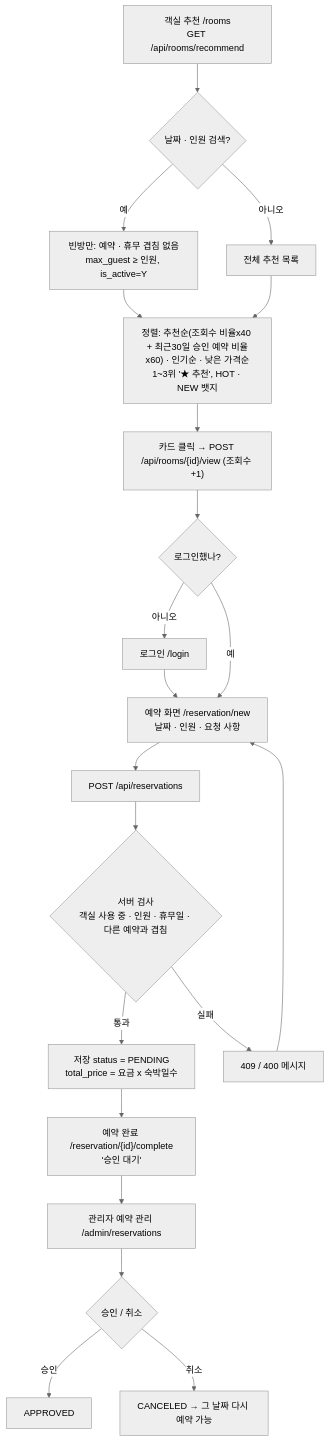
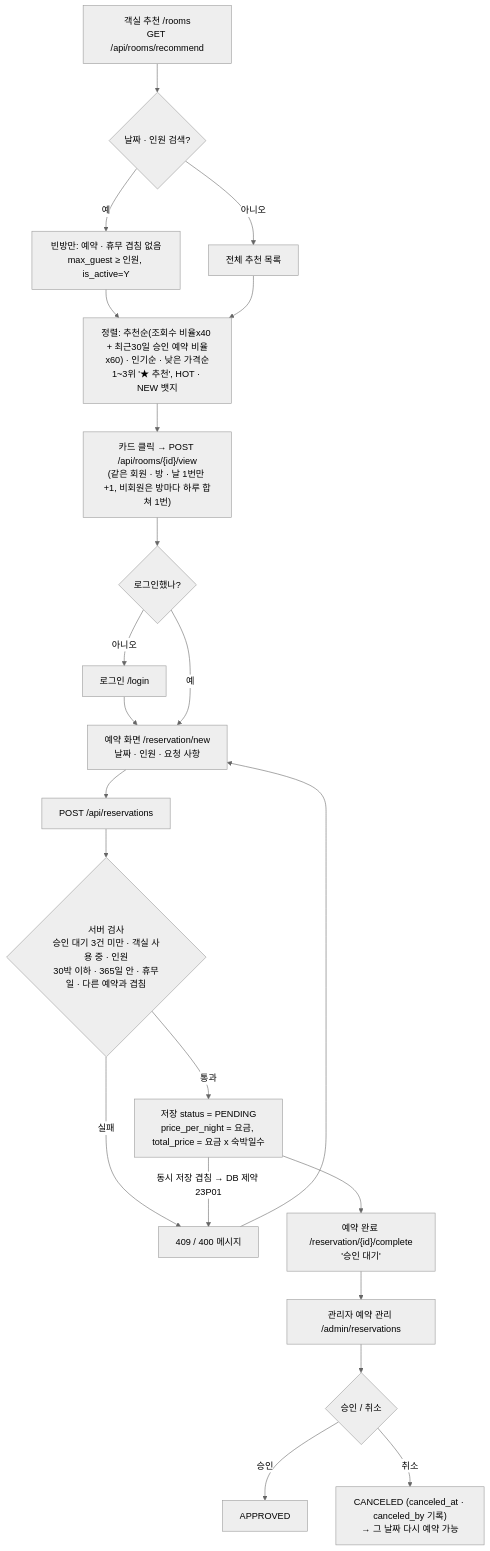
The third of 6 diagrams in docs/ARCHITECTURE.md (hotel-sol/Hotel-reservation), drawn with Mermaid (neutral theme) before and after one commit. The commit also changed other lines of this file and 20 other files, not shown here.

````diff
--- a/docs/ARCHITECTURE.md
+++ b/docs/ARCHITECTURE.md
@@ -107,21 +152,22 @@
 ```mermaid
 flowchart TD
     A["객실 추천 /rooms<br/>GET /api/rooms/recommend"] --> B{"날짜 · 인원 검색?"}
     B -- "예" --> C["빈방만: 예약 · 휴무 겹침 없음<br/>max_guest ≥ 인원, is_active=Y"]
     B -- "아니오" --> D["전체 추천 목록"]
     C --> E["정렬: 추천순(조회수 비율x40 + 최근30일 승인 예약 비율x60) · 인기순 · 낮은 가격순<br/>1~3위 '★ 추천', HOT · NEW 뱃지"]
     D --> E
-    E --> F["카드 클릭 → POST /api/rooms/{id}/view (조회수 +1)"]
+    E --> F["카드 클릭 → POST /api/rooms/{id}/view<br/>(같은 회원 · 방 · 날 1번만 +1, 비회원은 방마다 하루 합쳐 1번)"]
     F --> G{"로그인했나?"}
     G -- "아니오" --> L["로그인 /login"] --> H
     G -- "예" --> H["예약 화면 /reservation/new<br/>날짜 · 인원 · 요청 사항"]
     H --> I["POST /api/reservations"]
-    I --> J{"서버 검사<br/>객실 사용 중 · 인원 · 휴무일 · 다른 예약과 겹침"}
-    J -- "통과" --> K["저장 status = PENDING<br/>total_price = 요금 x 숙박일수"]
+    I --> J{"서버 검사<br/>승인 대기 3건 미만 · 객실 사용 중 · 인원<br/>30박 이하 · 365일 안 · 휴무일 · 다른 예약과 겹침"}
+    J -- "통과" --> K["저장 status = PENDING<br/>price_per_night = 요금, total_price = 요금 x 숙박일수"]
     J -- "실패" --> X["409 / 400 메시지"] --> H
+    K -- "동시 저장 겹침 → DB 제약 23P01" --> X
     K --> N["예약 완료 /reservation/{id}/complete<br/>'승인 대기'"]
     N --> O["관리자 예약 관리 /admin/reservations"]
     O --> P{"승인 / 취소"}
     P -- "승인" --> Q["APPROVED"]
-    P -- "취소" --> R["CANCELED → 그 날짜 다시 예약 가능"]
+    P -- "취소" --> R["CANCELED (canceled_at · canceled_by 기록)<br/>→ 그 날짜 다시 예약 가능"]
 ```
````
